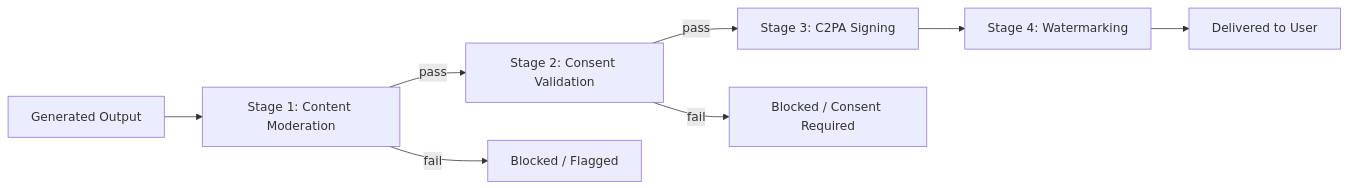
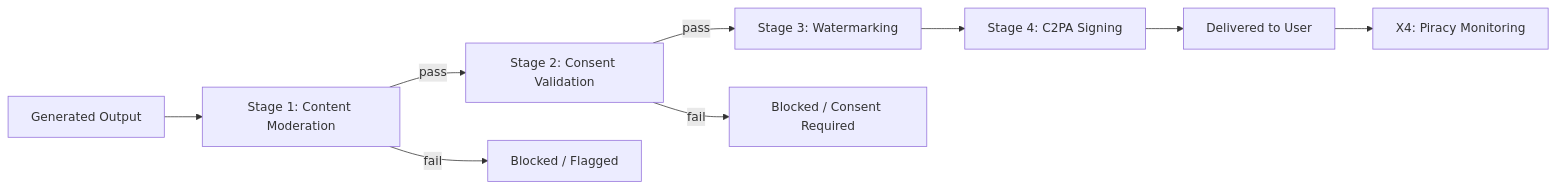
The first of 3 diagrams in docs/governance-pipeline.md (navigreen311/animaforge), drawn with Mermaid before and after one commit. The commit also changed other lines of this file and 1 other file, not shown here.

First line of the commit message:
docs: rewrite governance pipeline and add piracy monitoring docs

````diff
--- a/docs/governance-pipeline.md
+++ b/docs/governance-pipeline.md
@@ -7,10 +6,11 @@
 ```mermaid
 flowchart LR
   INPUT[Generated Output] --> S1[Stage 1: Content Moderation]
   S1 -->|pass| S2[Stage 2: Consent Validation]
   S1 -->|fail| BLOCK1[Blocked / Flagged]
-  S2 -->|pass| S3[Stage 3: C2PA Signing]
+  S2 -->|pass| S3[Stage 3: Watermarking]
   S2 -->|fail| BLOCK2[Blocked / Consent Required]
-  S3 --> S4[Stage 4: Watermarking]
+  S3 --> S4[Stage 4: C2PA Signing]
   S4 --> DELIVER[Delivered to User]
+  DELIVER --> X4[X4: Piracy Monitoring]
 ```
````
